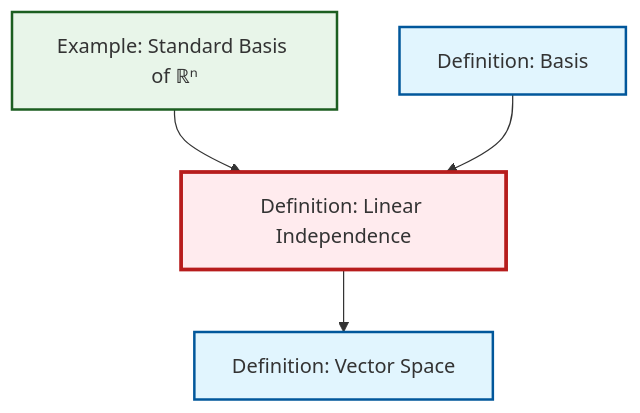
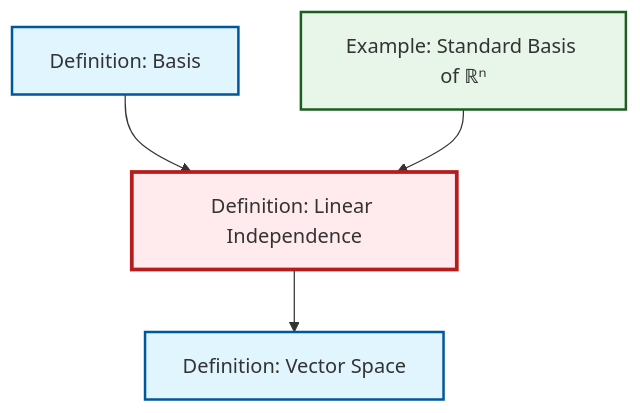
One commit to RK0429/ModernMath changed the diagram in content/en/algebra/def-linear-independence.qmd. Above: the diagram before and after it, drawn with Mermaid. The commit also changed other lines of this file and 1012 other files, not shown here.

````diff
--- a/content/en/algebra/def-linear-independence.qmd
+++ b/content/en/algebra/def-linear-independence.qmd
@@ -45,20 +45,20 @@
 ```{mermaid}
 %%| fig-cap: "Local dependency graph"
 graph TD
     classDef definition fill:#e1f5fe,stroke:#01579b,stroke-width:2px
     classDef theorem fill:#f3e5f5,stroke:#4a148c,stroke-width:2px
     classDef axiom fill:#fff3e0,stroke:#e65100,stroke-width:2px
     classDef example fill:#e8f5e9,stroke:#1b5e20,stroke-width:2px
     classDef current fill:#ffebee,stroke:#b71c1c,stroke-width:3px
     def-basis["Definition: Basis"]:::definition
-    def-linear-independence["Definition: Linear Independence"]:::definition
     ex-standard-basis-rn["Example: Standard Basis of ℝⁿ"]:::example
     def-vector-space["Definition: Vector Space"]:::definition
+    def-linear-independence["Definition: Linear Independence"]:::definition
+    def-basis --> def-linear-independence
     def-linear-independence --> def-vector-space
     ex-standard-basis-rn --> def-linear-independence
-    def-basis --> def-linear-independence
     class def-linear-independence current
     click def-basis "def-basis.html" "Go to Basis definition"
     click ex-standard-basis-rn "ex-standard-basis-rn.html" "Go to Standard Basis of ℝⁿ example"
     click def-vector-space "def-vector-space.html" "Go to Vector Space definition"
 ```
````
